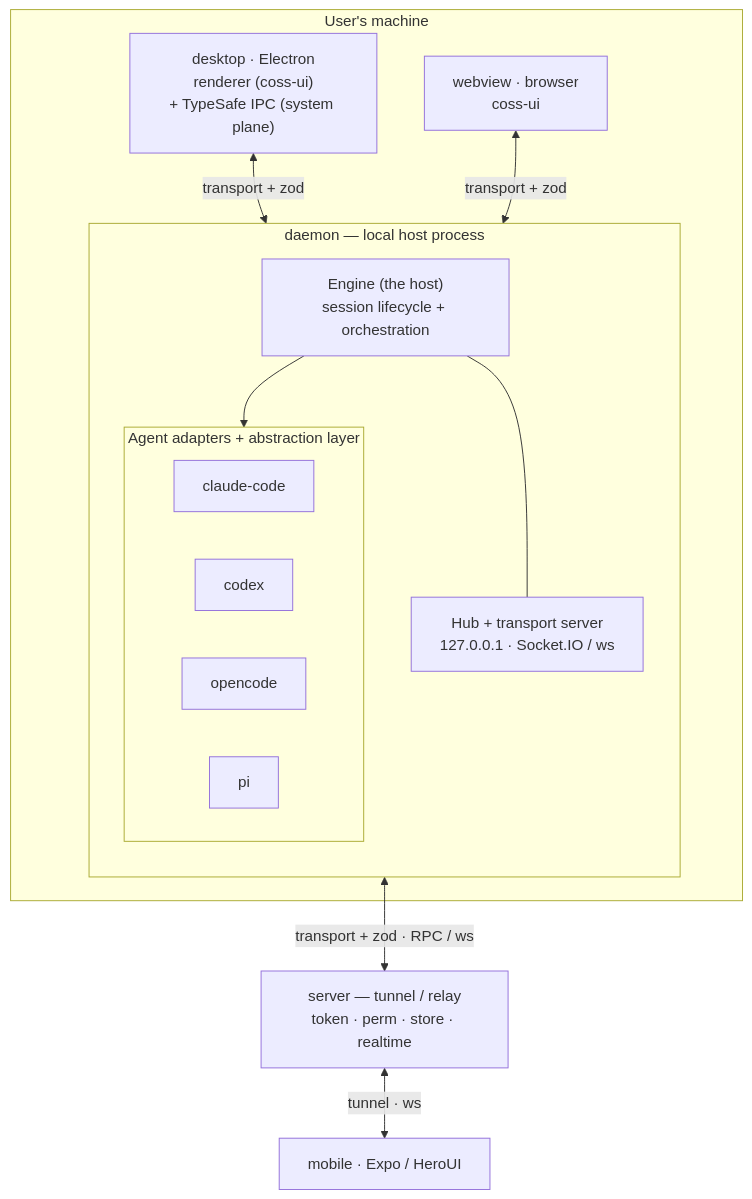
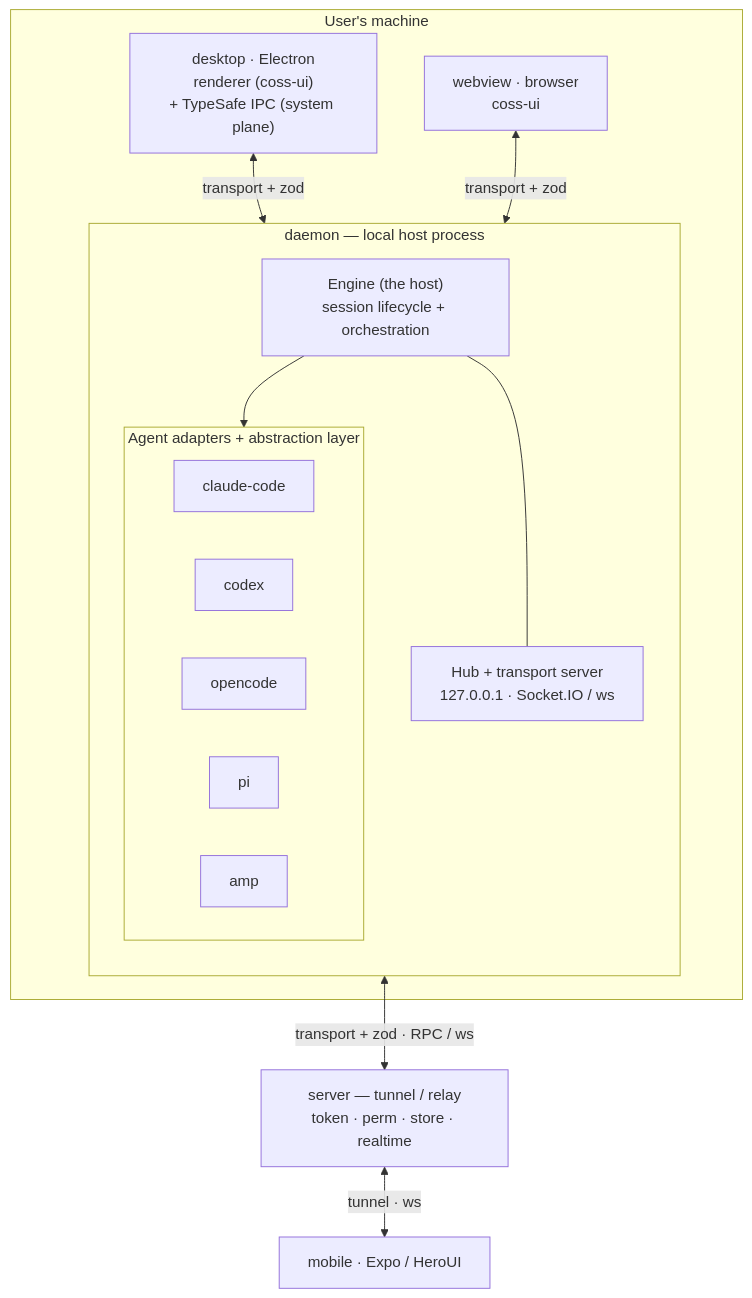
The diagram in docs/ARCHITECTURE.md (arcboxlabs/linkcode), drawn with Mermaid before and after one commit. The commit also changed other lines of this file and 12 other files, not shown here.

````diff
--- a/docs/ARCHITECTURE.md
+++ b/docs/ARCHITECTURE.md
@@ -64,28 +64,29 @@
 ```mermaid
 flowchart TB
   subgraph LOCAL["User's machine"]
     subgraph DAEMON["daemon — local host process"]
       direction TB
       ENGINE["Engine (the host)<br/>session lifecycle + orchestration"]
       subgraph ADAPTERS["Agent adapters + abstraction layer"]
         direction LR
         A1["claude-code"]
         A2["codex"]
         A3["opencode"]
         A4["pi"]
+        A5["amp"]
       end
       HUB["Hub + transport server<br/>127.0.0.1 · Socket.IO / ws"]
       ENGINE --> ADAPTERS
       ENGINE --- HUB
     end
     DESK["desktop · Electron<br/>renderer (coss-ui)<br/>+ TypeSafe IPC (system plane)"]
     WEB["webview · browser<br/>coss-ui"]
   end
   SERVER["server — tunnel / relay<br/>token · perm · store · realtime"]
   MOBILE["mobile · Expo / HeroUI"]
 
   DESK <-->|"transport + zod"| HUB
   WEB <-->|"transport + zod"| HUB
   HUB <-->|"transport + zod · RPC / ws"| SERVER
   SERVER <-->|"tunnel · ws"| MOBILE
 ```
````
